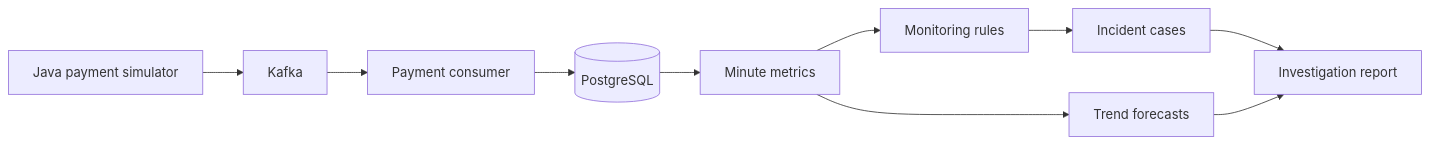
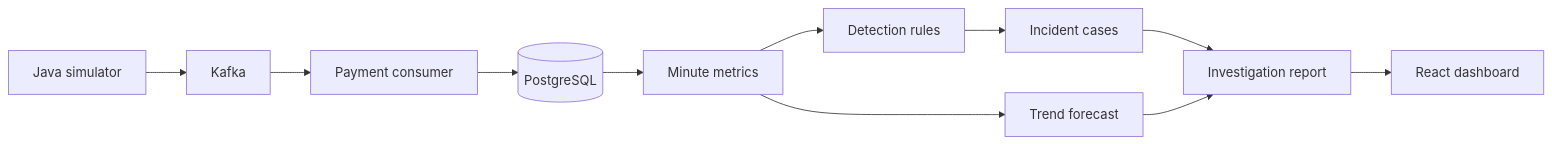
Before and after one commit to hass88-ux/sentinelpay: the first of 2 diagrams in README.md, drawn with Mermaid. The commit also changed other lines of this file, not shown here.

````diff
--- a/README.md
+++ b/README.md
@@ -63,12 +76,13 @@
 ```mermaid
 flowchart LR
-    A[Java payment simulator] --> B[Kafka]
-    B --> C[Payment consumer]
-    C --> D[(PostgreSQL)]
-    D --> E[Minute metrics]
-    E --> F[Monitoring rules]
-    E --> G[Trend forecasts]
-    F --> H[Incident cases]
-    H --> I[Investigation report]
-    G --> I
+    Simulator[Java simulator] --> Kafka
+    Kafka --> Consumer[Payment consumer]
+    Consumer --> DB[(PostgreSQL)]
+    DB --> Metrics[Minute metrics]
+    Metrics --> Rules[Detection rules]
+    Metrics --> Forecast[Trend forecast]
+    Rules --> Cases[Incident cases]
+    Cases --> Report[Investigation report]
+    Forecast --> Report
+    Report --> Dashboard[React dashboard]
 ```
````
